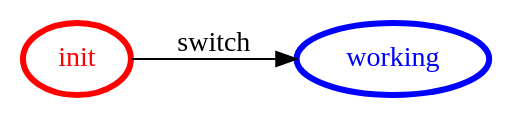
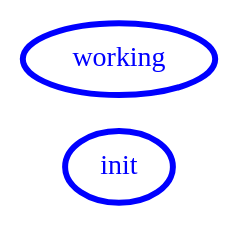
One commit to LucaBonfi95/ISSM_Tema_Finale_2018 changed the diagram in src/sprint6/impl/it.unibo.finaltask2018.impl/srcMore/it/unibo/input_element/input_element.gv. Above: the diagram before and after it, drawn with Graphviz. The commit also changed 27 other files, not shown here.

```diff
--- a/src/sprint6/impl/it.unibo.finaltask2018.impl/srcMore/it/unibo/input_element/input_element.gv
+++ b/src/sprint6/impl/it.unibo.finaltask2018.impl/srcMore/it/unibo/input_element/input_element.gv
@@ -1,16 +1,16 @@
 /*
 *
 * A GraphViz DOT FSM description 
 * Please use a GraphViz visualizer (like http://www.webgraphviz.com)
 *  
 */
 
 digraph finite_state_machine {
 	rankdir=LR
 	size="8,5"
 	
 	init [ color = red ][ fontcolor = red ][ penwidth = 3 ]
+	init [ color = blue ][ fontcolor = blue ][ penwidth = 3 ]
 	working [ color = blue ][ fontcolor = blue ][ penwidth = 3 ]
 	
-	init -> working [ label = "switch" ][ color = black ][ fontcolor = black ]
 }
```
